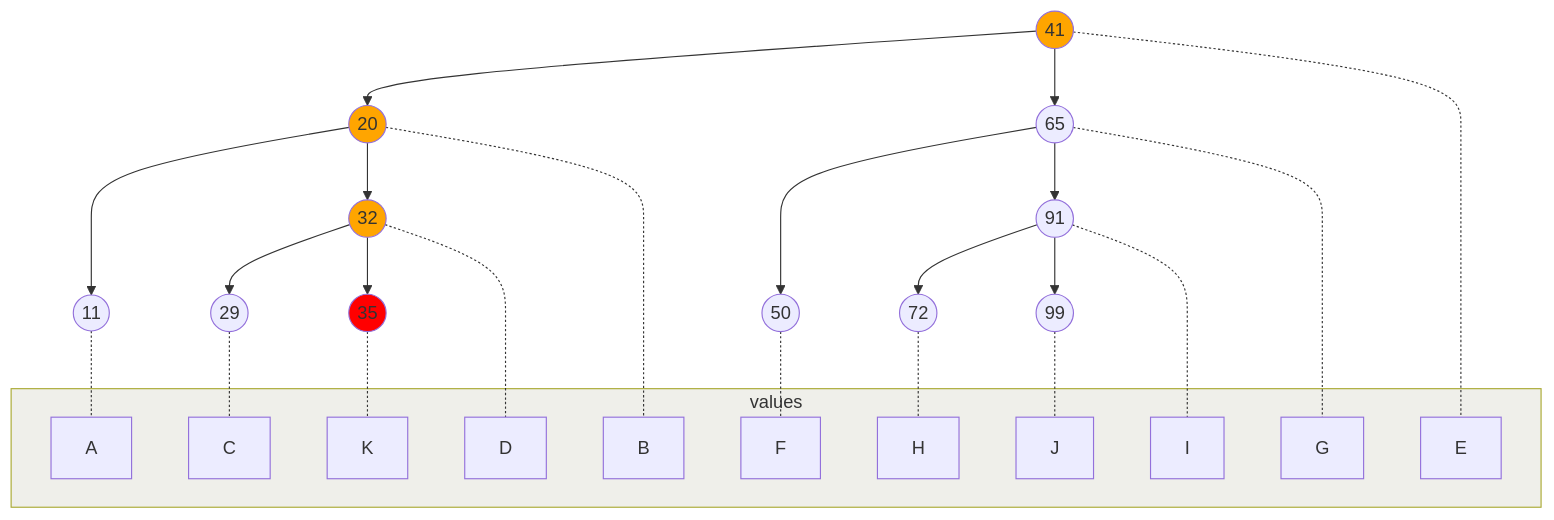
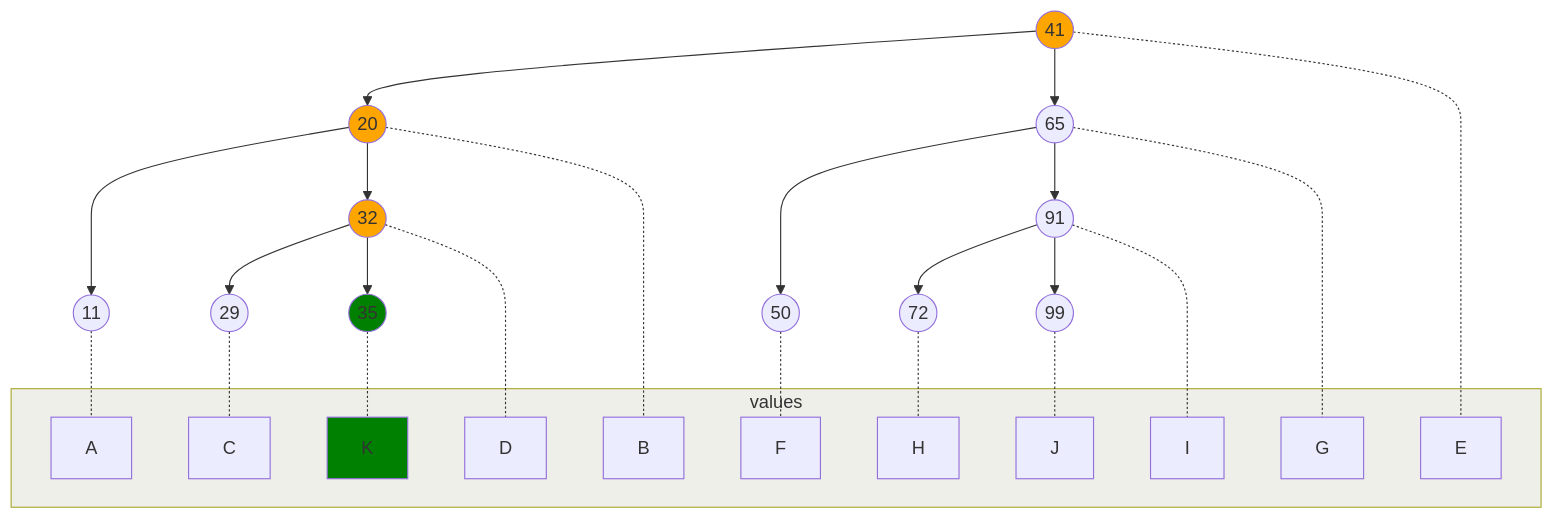
Before and after one commit to jindraivanek/talks: the sixth of 6 diagrams in 2024-devtalks-data-structures/slides.md, drawn with Mermaid. The commit also changed other lines of this file, not shown here.

````diff
--- a/2024-devtalks-data-structures/slides.md
+++ b/2024-devtalks-data-structures/slides.md
@@ -383,58 +384,58 @@
 ```mermaid
 graph TD
 classDef cluster fill:#efefea
 41(("41"))
 20(("20"))
 11(("11"))
+32(("32"))
 29(("29"))
-32(("32"))
 65(("65"))
 50(("50"))
 91(("91"))
 72(("72"))
 99(("99"))
 35(("35"))
 
 41 --> 20
 41 --> 65
 20 --> 11
 20 --> 32
 32 --> 29
 32 --> 35
 65 --> 50
 65 --> 91
 91 --> 72
 91 --> 99
 
 style 41 fill: orange
 style 20 fill: orange
 style 32 fill: orange
-style 35 fill: red
+style 35 fill: green
+style K fill: green
 
 subgraph values
 A
 B
 C
 D
 E
 F
 G
 H
 I
 J
 K
 end
 
 11 -.- A
 20 -.- B
 29 -.- C
 32 -.- D
 41 -.- E
 50 -.- F
 65 -.- G
 72 -.- H
 91 -.- I
 99 -.- J
 35 -.- K
-
 ```
````
